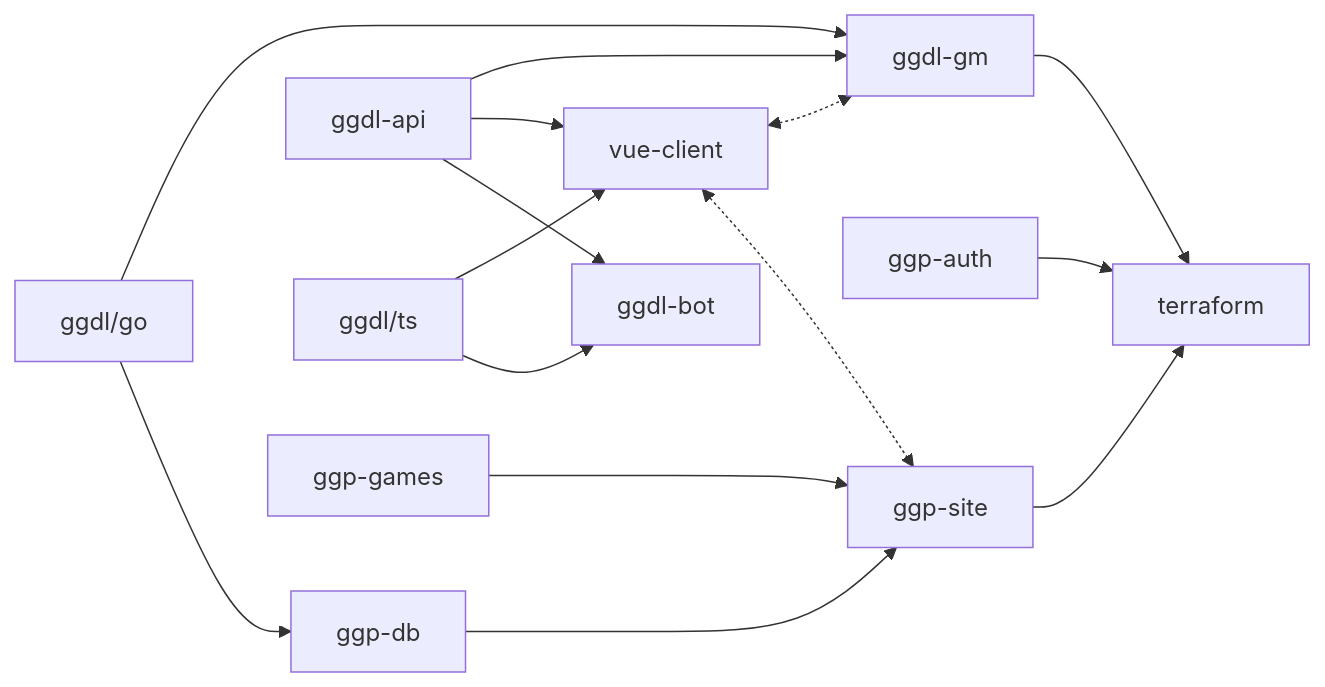
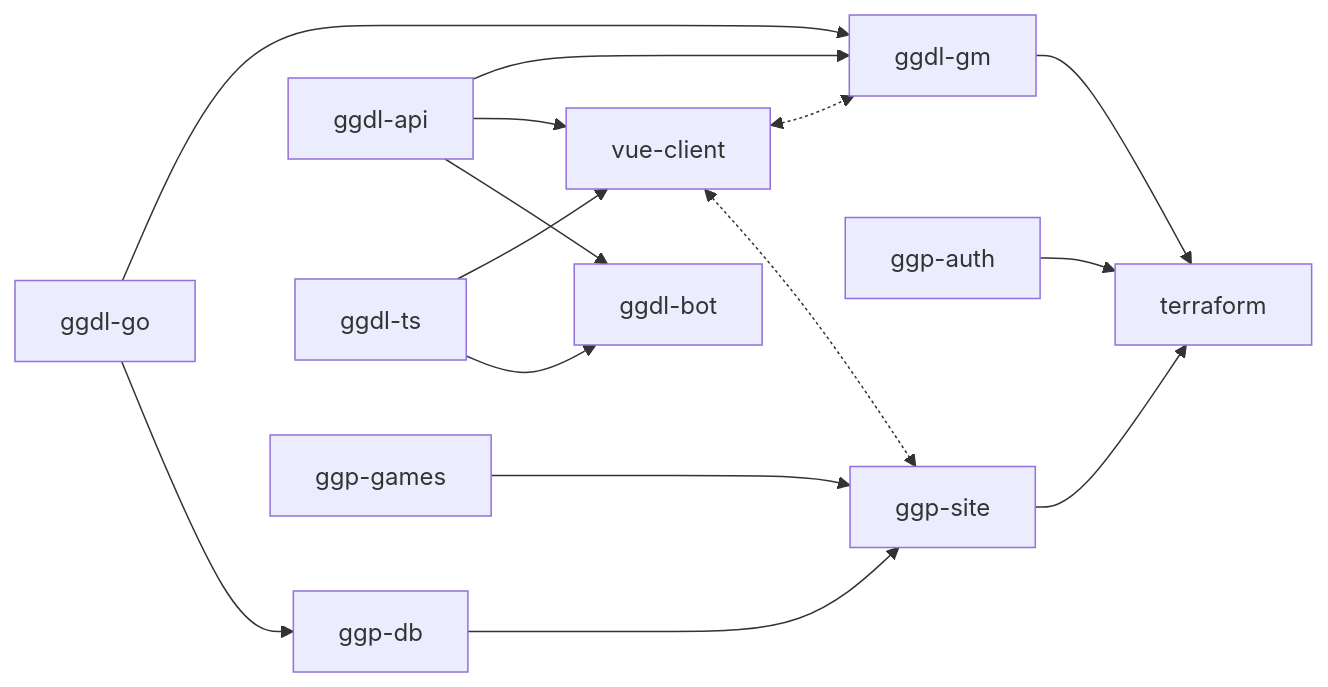
Before and after one commit to SymbolNotFound/.github: the diagram in profile/README.md, drawn with Mermaid. The commit also changed other lines of this file, not shown here.

````diff
--- a/profile/README.md
+++ b/profile/README.md
@@ -63,14 +63,14 @@
 ```mermaid
 graph LR;
-    ggdl/go-->ggp-db;
-    ggdl/go-->ggdl-gm;
+    ggdl-go-->ggp-db;
+    ggdl-go-->ggdl-gm;
     ggp-auth-->terraform;
     ggp-db--->ggp-site;
-    ggdl-api & ggdl/ts --> ggdl-bot & vue-client;
+    ggdl-api & ggdl-ts --> ggdl-bot & vue-client;
     vue-client <-.-> ggp-site;
     vue-client <-.-> ggdl-gm;
     ggdl-api-->ggdl-gm;
     ggp-games--->ggp-site;
     ggp-site-->terraform;
     ggdl-gm-->terraform;
 ```
````
